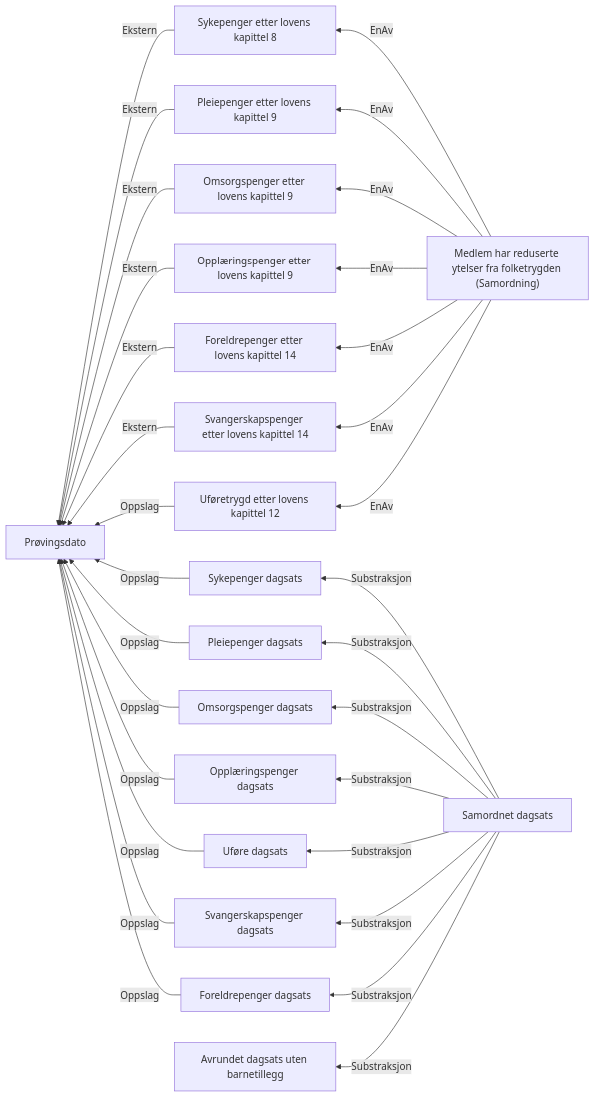
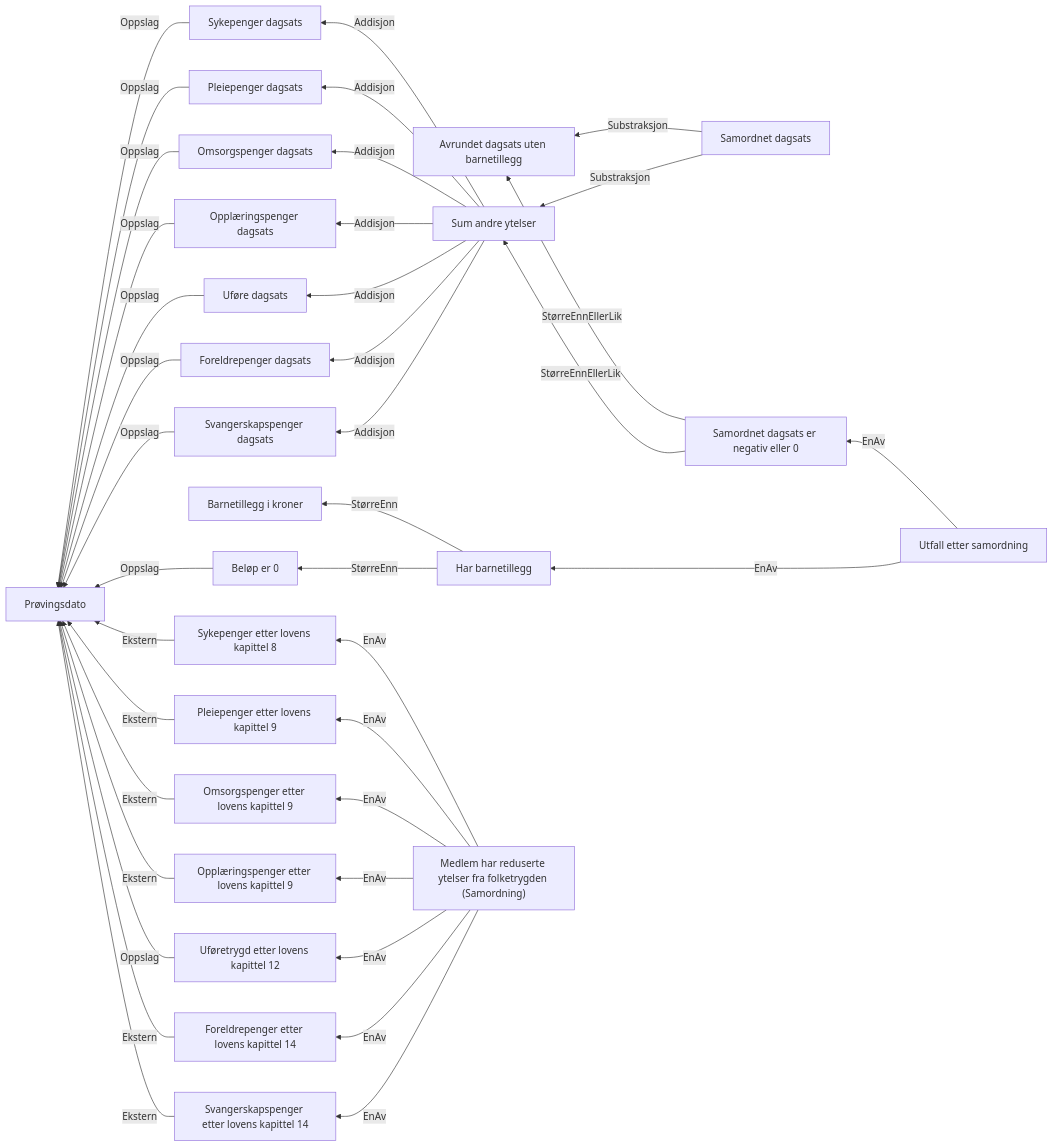
The diagram in docs/regler/§ 4-25.Samordning med reduserte ytelser fra folketrygden, eller redusert avtalefestet pensjon.approved.md (navikt/dp-vedtak), drawn with Mermaid before and after one commit. The commit also changed other lines of this file and 8 other files, not shown here.

Commit message:
Lagt til utfall etter samordning (Ikke lagt til i krav på dagpenger enda)

````diff
--- a/docs/regler/§ 4-25.Samordning med reduserte ytelser fra folketrygden, eller redusert avtalefestet pensjon.approved.md
+++ b/docs/regler/§ 4-25.Samordning med reduserte ytelser fra folketrygden, eller redusert avtalefestet pensjon.approved.md
@@ -5,32 +5,40 @@
 ```mermaid
 graph RL
-  A["Sykepenger etter lovens kapittel 8"] -->|"Ekstern"| B["Prøvingsdato"]
-  C["Pleiepenger etter lovens kapittel 9"] -->|"Ekstern"| B["Prøvingsdato"]
-  D["Omsorgspenger etter lovens kapittel 9"] -->|"Ekstern"| B["Prøvingsdato"]
-  E["Opplæringspenger etter lovens kapittel 9"] -->|"Ekstern"| B["Prøvingsdato"]
-  F["Foreldrepenger etter lovens kapittel 14"] -->|"Ekstern"| B["Prøvingsdato"]
-  G["Svangerskapspenger etter lovens kapittel 14"] -->|"Ekstern"| B["Prøvingsdato"]
-  H["Uføretrygd etter lovens kapittel 12"] -->|"Oppslag"| B["Prøvingsdato"]
-  I["Sykepenger dagsats"] -->|"Oppslag"| B["Prøvingsdato"]
-  J["Pleiepenger dagsats"] -->|"Oppslag"| B["Prøvingsdato"]
-  K["Omsorgspenger dagsats"] -->|"Oppslag"| B["Prøvingsdato"]
-  L["Opplæringspenger dagsats"] -->|"Oppslag"| B["Prøvingsdato"]
-  M["Uføre dagsats"] -->|"Oppslag"| B["Prøvingsdato"]
-  N["Svangerskapspenger dagsats"] -->|"Oppslag"| B["Prøvingsdato"]
-  O["Foreldrepenger dagsats"] -->|"Oppslag"| B["Prøvingsdato"]
-  P["Samordnet dagsats"] -->|"Substraksjon"| Q["Avrundet dagsats uten barnetillegg"]
-  P["Samordnet dagsats"] -->|"Substraksjon"| I["Sykepenger dagsats"]
-  P["Samordnet dagsats"] -->|"Substraksjon"| J["Pleiepenger dagsats"]
-  P["Samordnet dagsats"] -->|"Substraksjon"| K["Omsorgspenger dagsats"]
-  P["Samordnet dagsats"] -->|"Substraksjon"| L["Opplæringspenger dagsats"]
-  P["Samordnet dagsats"] -->|"Substraksjon"| M["Uføre dagsats"]
-  P["Samordnet dagsats"] -->|"Substraksjon"| O["Foreldrepenger dagsats"]
-  P["Samordnet dagsats"] -->|"Substraksjon"| N["Svangerskapspenger dagsats"]
-  R["Medlem har reduserte ytelser fra folketrygden (Samordning)"] -->|"EnAv"| A["Sykepenger etter lovens kapittel 8"]
-  R["Medlem har reduserte ytelser fra folketrygden (Samordning)"] -->|"EnAv"| C["Pleiepenger etter lovens kapittel 9"]
-  R["Medlem har reduserte ytelser fra folketrygden (Samordning)"] -->|"EnAv"| D["Omsorgspenger etter lovens kapittel 9"]
-  R["Medlem har reduserte ytelser fra folketrygden (Samordning)"] -->|"EnAv"| E["Opplæringspenger etter lovens kapittel 9"]
-  R["Medlem har reduserte ytelser fra folketrygden (Samordning)"] -->|"EnAv"| H["Uføretrygd etter lovens kapittel 12"]
-  R["Medlem har reduserte ytelser fra folketrygden (Samordning)"] -->|"EnAv"| F["Foreldrepenger etter lovens kapittel 14"]
-  R["Medlem har reduserte ytelser fra folketrygden (Samordning)"] -->|"EnAv"| G["Svangerskapspenger etter lovens kapittel 14"]
+  A["Beløp er 0"] -->|"Oppslag"| B["Prøvingsdato"]
+  C["Sykepenger etter lovens kapittel 8"] -->|"Ekstern"| B["Prøvingsdato"]
+  D["Pleiepenger etter lovens kapittel 9"] -->|"Ekstern"| B["Prøvingsdato"]
+  E["Omsorgspenger etter lovens kapittel 9"] -->|"Ekstern"| B["Prøvingsdato"]
+  F["Opplæringspenger etter lovens kapittel 9"] -->|"Ekstern"| B["Prøvingsdato"]
+  G["Foreldrepenger etter lovens kapittel 14"] -->|"Ekstern"| B["Prøvingsdato"]
+  H["Svangerskapspenger etter lovens kapittel 14"] -->|"Ekstern"| B["Prøvingsdato"]
+  I["Uføretrygd etter lovens kapittel 12"] -->|"Oppslag"| B["Prøvingsdato"]
+  J["Sykepenger dagsats"] -->|"Oppslag"| B["Prøvingsdato"]
+  K["Pleiepenger dagsats"] -->|"Oppslag"| B["Prøvingsdato"]
+  L["Omsorgspenger dagsats"] -->|"Oppslag"| B["Prøvingsdato"]
+  M["Opplæringspenger dagsats"] -->|"Oppslag"| B["Prøvingsdato"]
+  N["Uføre dagsats"] -->|"Oppslag"| B["Prøvingsdato"]
+  O["Svangerskapspenger dagsats"] -->|"Oppslag"| B["Prøvingsdato"]
+  P["Foreldrepenger dagsats"] -->|"Oppslag"| B["Prøvingsdato"]
+  Q["Sum andre ytelser"] -->|"Addisjon"| J["Sykepenger dagsats"]
+  Q["Sum andre ytelser"] -->|"Addisjon"| K["Pleiepenger dagsats"]
+  Q["Sum andre ytelser"] -->|"Addisjon"| L["Omsorgspenger dagsats"]
+  Q["Sum andre ytelser"] -->|"Addisjon"| M["Opplæringspenger dagsats"]
+  Q["Sum andre ytelser"] -->|"Addisjon"| N["Uføre dagsats"]
+  Q["Sum andre ytelser"] -->|"Addisjon"| P["Foreldrepenger dagsats"]
+  Q["Sum andre ytelser"] -->|"Addisjon"| O["Svangerskapspenger dagsats"]
+  R["Samordnet dagsats"] -->|"Substraksjon"| S["Avrundet dagsats uten barnetillegg"]
+  R["Samordnet dagsats"] -->|"Substraksjon"| Q["Sum andre ytelser"]
+  T["Samordnet dagsats er negativ eller 0"] -->|"StørreEnnEllerLik"| S["Avrundet dagsats uten barnetillegg"]
+  T["Samordnet dagsats er negativ eller 0"] -->|"StørreEnnEllerLik"| Q["Sum andre ytelser"]
+  U["Har barnetillegg"] -->|"StørreEnn"| V["Barnetillegg i kroner"]
+  U["Har barnetillegg"] -->|"StørreEnn"| A["Beløp er 0"]
+  W["Utfall etter samordning"] -->|"EnAv"| T["Samordnet dagsats er negativ eller 0"]
+  W["Utfall etter samordning"] -->|"EnAv"| U["Har barnetillegg"]
+  X["Medlem har reduserte ytelser fra folketrygden (Samordning)"] -->|"EnAv"| C["Sykepenger etter lovens kapittel 8"]
+  X["Medlem har reduserte ytelser fra folketrygden (Samordning)"] -->|"EnAv"| D["Pleiepenger etter lovens kapittel 9"]
+  X["Medlem har reduserte ytelser fra folketrygden (Samordning)"] -->|"EnAv"| E["Omsorgspenger etter lovens kapittel 9"]
+  X["Medlem har reduserte ytelser fra folketrygden (Samordning)"] -->|"EnAv"| F["Opplæringspenger etter lovens kapittel 9"]
+  X["Medlem har reduserte ytelser fra folketrygden (Samordning)"] -->|"EnAv"| I["Uføretrygd etter lovens kapittel 12"]
+  X["Medlem har reduserte ytelser fra folketrygden (Samordning)"] -->|"EnAv"| G["Foreldrepenger etter lovens kapittel 14"]
+  X["Medlem har reduserte ytelser fra folketrygden (Samordning)"] -->|"EnAv"| H["Svangerskapspenger etter lovens kapittel 14"]
 ```
````
